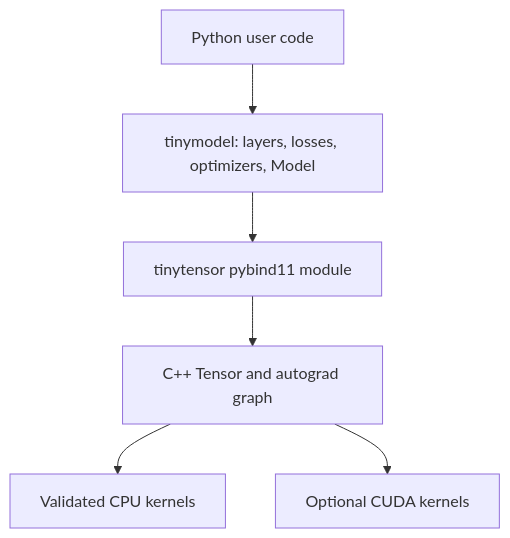
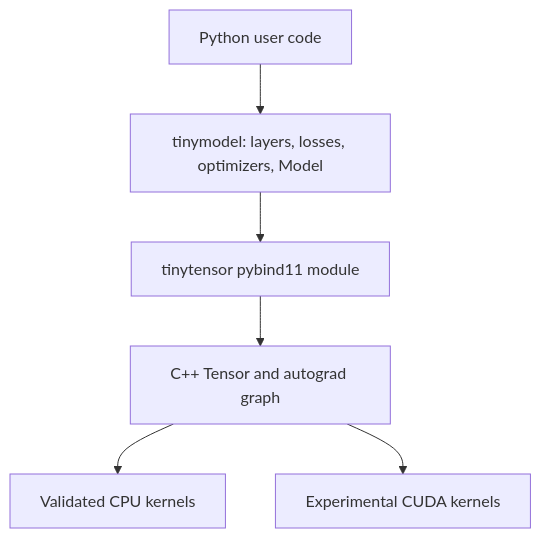
One commit to eloiraad/TinyMML changed the diagram in README.md. Above: the diagram before and after it, drawn with Mermaid. The commit also changed other lines of this file and 5 other files, not shown here.

````diff
--- a/README.md
+++ b/README.md
@@ -98,8 +55,8 @@
 ```mermaid
 flowchart TD
     A["Python user code"] --> B["tinymodel: layers, losses, optimizers, Model"]
     B --> C["tinytensor pybind11 module"]
     C --> D["C++ Tensor and autograd graph"]
     D --> E["Validated CPU kernels"]
-    D --> F["Optional CUDA kernels"]
+    D --> F["Experimental CUDA kernels"]
 ```
````
